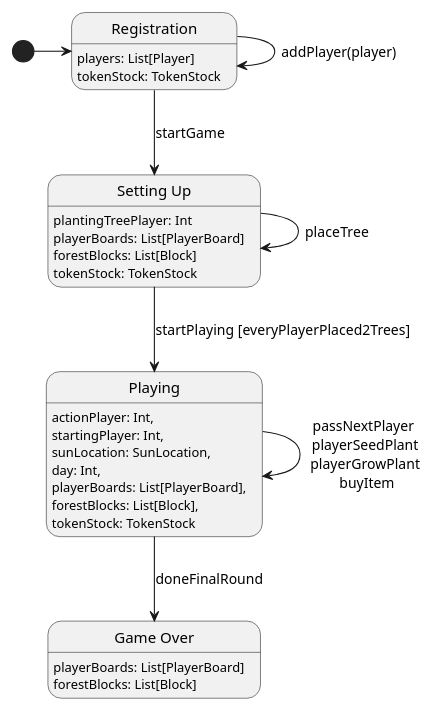
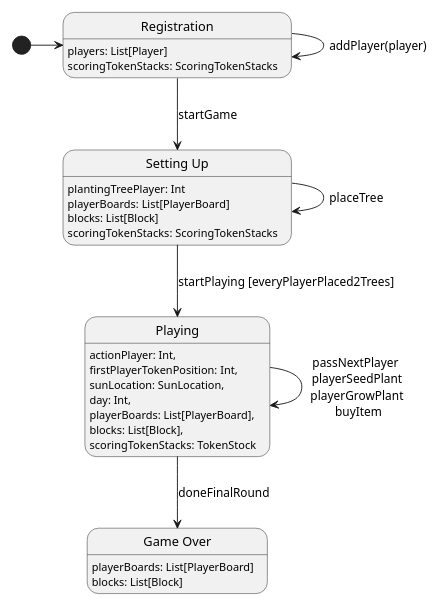
Before and after one commit to nutint/photosynthesis-boardgame: the diagram in src/main/scala/com/nat/photosynthesis/service/model/GameEngine.puml, drawn with PlantUML.

Commit message:
Update game engine state diagram to map the model name

```diff
--- a/src/main/scala/com/nat/photosynthesis/service/model/GameEngine.puml
+++ b/src/main/scala/com/nat/photosynthesis/service/model/GameEngine.puml
@@ -1,41 +1,41 @@
 @startuml
 scale 350 width
 
 state registration : players: List[Player]
-state registration : tokenStock: TokenStock
+state registration : scoringTokenStacks: ScoringTokenStacks
 
 state settingUp : plantingTreePlayer: Int
 state settingUp : playerBoards: List[PlayerBoard]
-state settingUp : forestBlocks: List[Block]
-state settingUp : tokenStock: TokenStock
+state settingUp : blocks: List[Block]
+state settingUp : scoringTokenStacks: ScoringTokenStacks
 
 state playing : actionPlayer: Int,
-state playing : startingPlayer: Int,
+state playing : firstPlayerTokenPosition: Int,
 state playing : sunLocation: SunLocation,
 state playing : day: Int,
 state playing : playerBoards: List[PlayerBoard],
-state playing : forestBlocks: List[Block],
-state playing : tokenStock: TokenStock
+state playing : blocks: List[Block],
+state playing : scoringTokenStacks: TokenStock
 
 state gameOver : playerBoards: List[PlayerBoard]
-state gameOver : forestBlocks: List[Block]
+state gameOver : blocks: List[Block]
 
 state registration as "Registration"
 state settingUp as "Setting Up"
 state playing as "Playing"
 state gameOver as "Game Over"
 
 [*] -> registration
 
 registration -> registration: addPlayer(player)
 registration --> settingUp: startGame
 
 settingUp -> settingUp: placeTree
 settingUp --> playing: startPlaying [everyPlayerPlaced2Trees]
 
 playing -> playing: passNextPlayer \n playerSeedPlant \n playerGrowPlant \n buyItem
 
 playing --> gameOver: doneFinalRound
 
 
 @enduml
```
